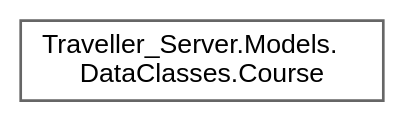
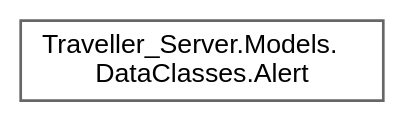
The diagram in Servidor/inherit_graph_29.dot (VenelinArgirov/manual-tecnico.github.io), drawn with Graphviz before and after one commit. The commit also changed 539 other files, not shown here.

```diff
--- a/Servidor/inherit_graph_29.dot
+++ b/Servidor/inherit_graph_29.dot
@@ -1,9 +1,9 @@
 digraph "Graphical Class Hierarchy"
 {
  // LATEX_PDF_SIZE
   bgcolor="transparent";
   edge [fontname=Helvetica,fontsize=10,labelfontname=Helvetica,labelfontsize=10];
   node [fontname=Helvetica,fontsize=10,shape=box,height=0.2,width=0.4];
   rankdir="LR";
-  Node0 [label="Traveller_Server.Models.\lDataClasses.Course",height=0.2,width=0.4,color="grey40", fillcolor="white", style="filled",URL="$class_traveller___server_1_1_models_1_1_data_classes_1_1_course.html",tooltip="Data class of a course. Represents the course which a user will take to reach it's destination from i..."];
+  Node0 [label="Traveller_Server.Models.\lDataClasses.Alert",height=0.2,width=0.4,color="grey40", fillcolor="white", style="filled",URL="$class_traveller___server_1_1_models_1_1_data_classes_1_1_alert.html",tooltip="Alert data class. Represents a social alert to warn others users of certain conditions,..."];
 }
```
